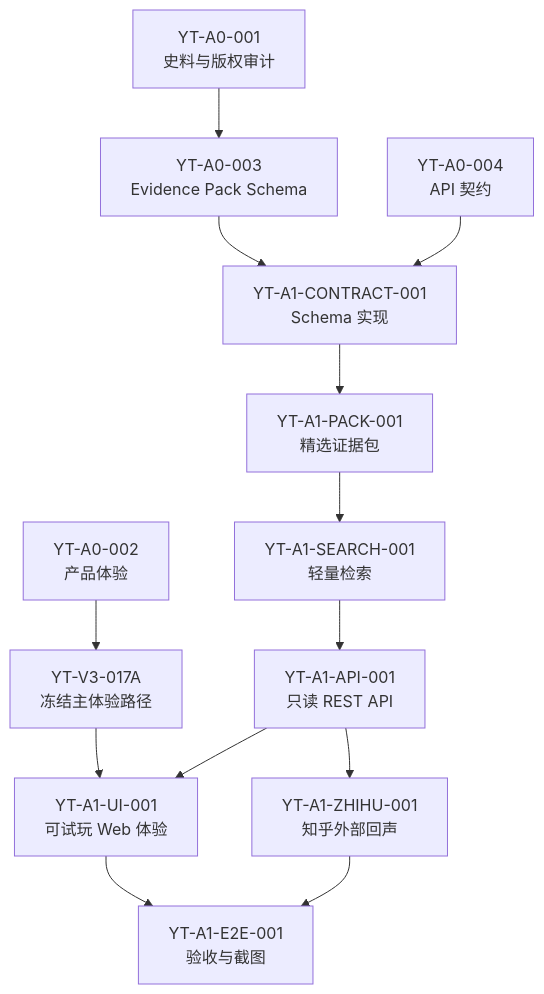
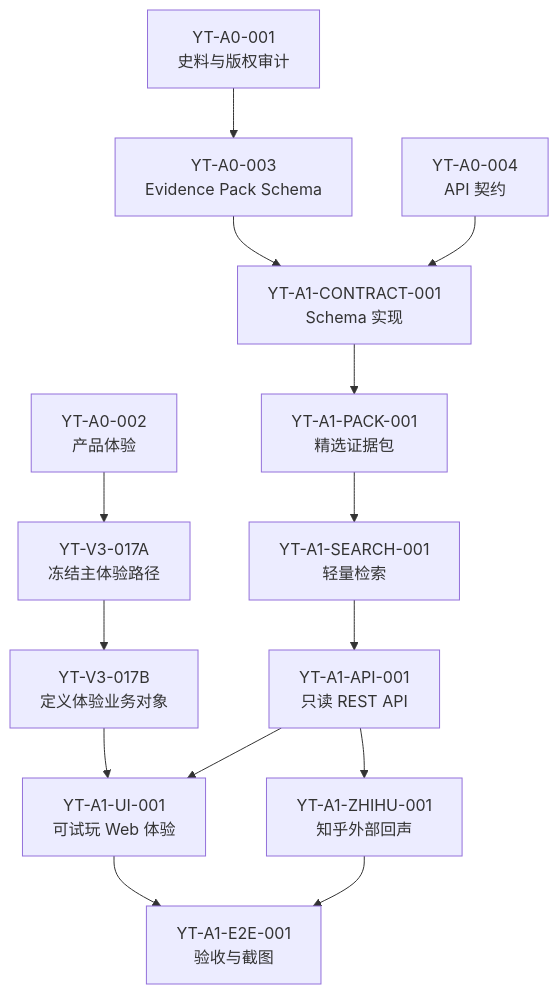
One commit to baijianqing/yantie-history changed the diagram in docs/YANTIE_TASK_BREAKDOWN.md. Above: the diagram before and after it, drawn with Mermaid. The commit also changed other lines of this file, not shown here.

````diff
--- a/docs/YANTIE_TASK_BREAKDOWN.md
+++ b/docs/YANTIE_TASK_BREAKDOWN.md
@@ -24,16 +24,17 @@
 ```mermaid
 flowchart TB
     A001["YT-A0-001<br/>史料与版权审计"] --> A003["YT-A0-003<br/>Evidence Pack Schema"]
     A002["YT-A0-002<br/>产品体验"]
     A003 --> C001["YT-A1-CONTRACT-001<br/>Schema 实现"]
     A004["YT-A0-004<br/>API 契约"] --> C001
     C001 --> P001["YT-A1-PACK-001<br/>精选证据包"]
     P001 --> S001["YT-A1-SEARCH-001<br/>轻量检索"]
     S001 --> API001["YT-A1-API-001<br/>只读 REST API"]
     API001 --> UI001["YT-A1-UI-001<br/>可试玩 Web 体验"]
     API001 --> ZH001["YT-A1-ZHIHU-001<br/>知乎外部回声"]
     UI001 --> E2E001["YT-A1-E2E-001<br/>验收与截图"]
     ZH001 --> E2E001
     A002 --> V3017A["YT-V3-017A<br/>冻结主体验路径"]
-    V3017A --> UI001
+    V3017A --> V3017B["YT-V3-017B<br/>定义体验业务对象"]
+    V3017B --> UI001
 ```
````
